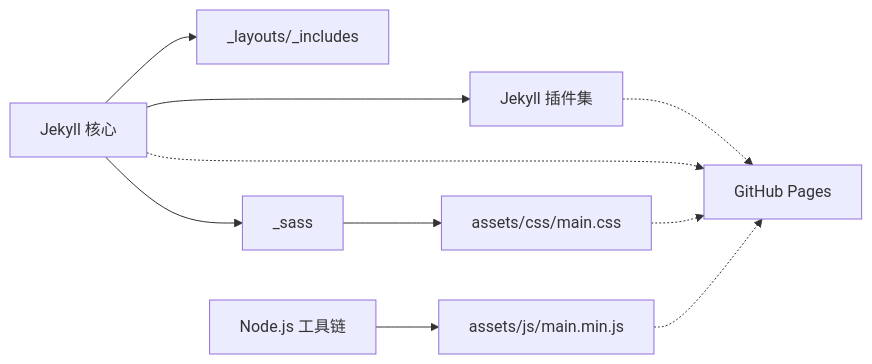
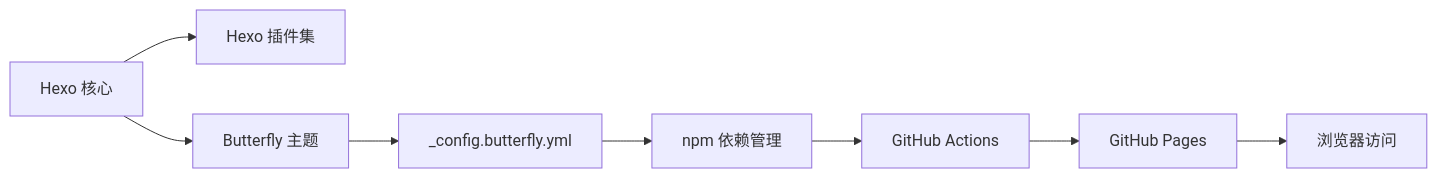
The third of 3 diagrams in .qoder/repowiki/zh/content/项目概述/技术栈概览.md (CoolPig0720/CoolPig0720.github.io), drawn with Mermaid before and after one commit. The commit also changed other lines of this file and 36 other files, not shown here.

````diff
--- a/.qoder/repowiki/zh/content/项目概述/技术栈概览.md
+++ b/.qoder/repowiki/zh/content/项目概述/技术栈概览.md
@@ -309,12 +249,10 @@
 ```mermaid
 graph LR
-Jekyll["Jekyll 核心"] --> Plugins["Jekyll 插件集"]
-Jekyll --> Templates["_layouts/_includes"]
-Jekyll --> Sass["_sass"]
-Sass --> CSS["assets/css/main.css"]
-Node["Node.js 工具链"] --> JS["assets/js/main.min.js"]
-Plugins -.-> GH["GitHub Pages"]
-Jekyll -.-> GH
-CSS -.-> GH
-JS -.-> GH
+Hexo["Hexo 核心"] --> Plugins["Hexo 插件集"]
+Hexo --> Theme["Butterfly 主题"]
+Theme --> Config["_config.butterfly.yml"]
+Config --> NPM["npm 依赖管理"]
+NPM --> Actions["GitHub Actions"]
+Actions --> Deploy["GitHub Pages"]
+Deploy --> Browser["浏览器访问"]
 ```
````
